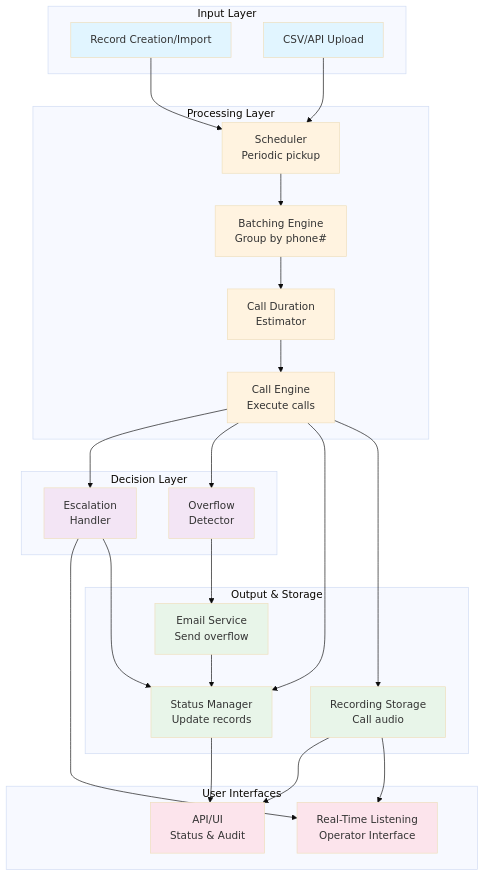
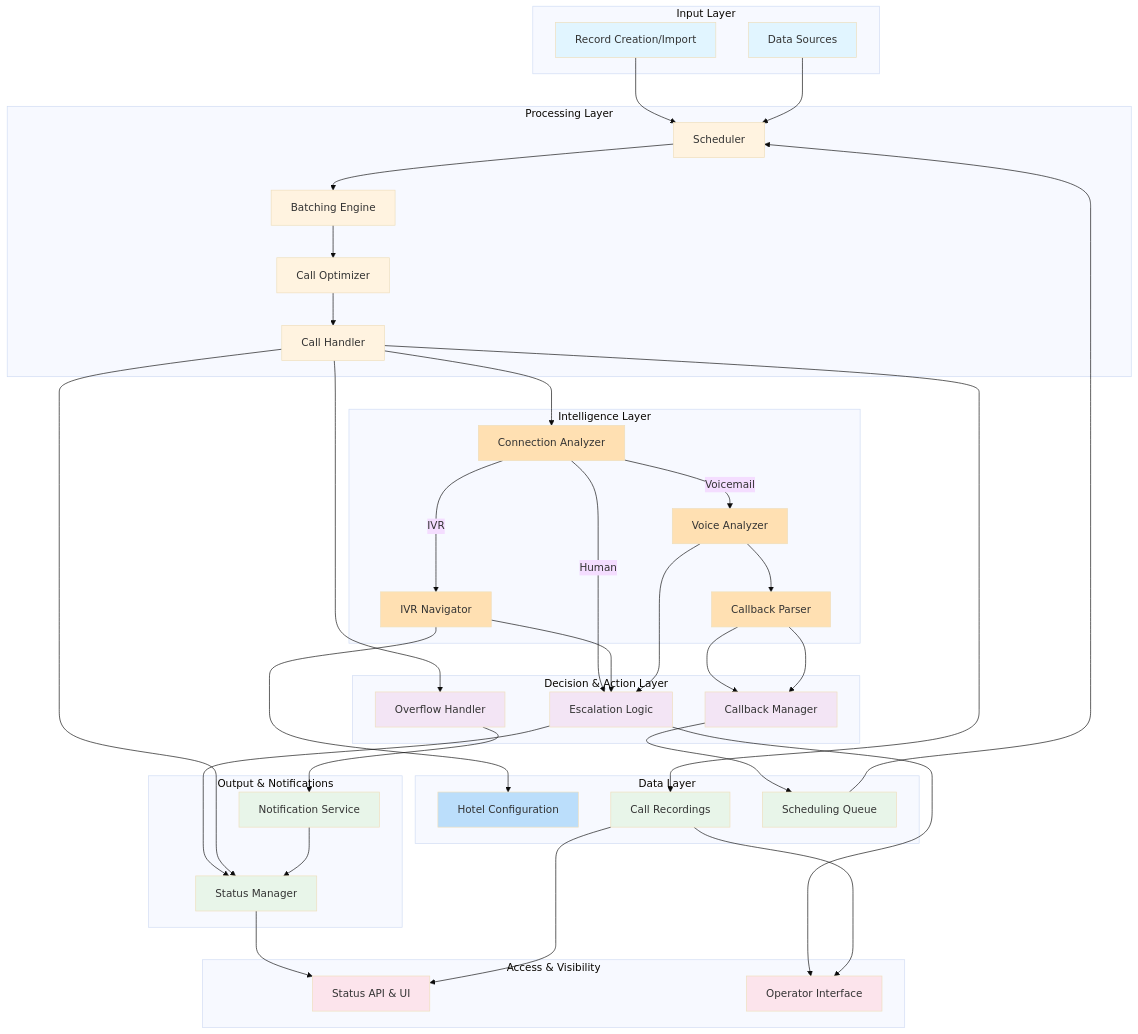
Before and after one commit to Org-for-Folio-AI/FolioAISpecs: the first of 5 diagrams in Folio-architecture.md, drawn with Mermaid (base theme). The commit also changed other lines of this file and 1 other file, not shown here.

First line of the commit message:
Refine Folio spec: remove phases, add IVR handling, create logical architecture

````diff
--- a/Folio-architecture.md
+++ b/Folio-architecture.md
@@ -6,30 +14,43 @@
 graph TB
     subgraph Input["Input Layer"]
         A["Record Creation/Import"]
-        B["CSV/API Upload"]
+        B["Data Sources"]
     end
 
     subgraph Processing["Processing Layer"]
-        C["Scheduler<br/>Periodic pickup"]
-        D["Batching Engine<br/>Group by phone#"]
-        E["Call Duration<br/>Estimator"]
-        F["Call Engine<br/>Execute calls"]
+        C["Scheduler"]
+        D["Batching Engine"]
+        E["Call Optimizer"]
+        F["Call Handler"]
     end
 
-    subgraph Decision["Decision Layer"]
-        G["Escalation<br/>Handler"]
-        H["Overflow<br/>Detector"]
+    subgraph Intelligence["Intelligence Layer"]
+        F1["Connection Analyzer"]
+        F2["IVR Navigator"]
+        F3["Voice Analyzer"]
+        F4["Callback Parser"]
     end
 
-    subgraph Output["Output & Storage"]
-        I["Status Manager<br/>Update records"]
-        J["Recording Storage<br/>Call audio"]
-        K["Email Service<br/>Send overflow"]
+    subgraph Decision["Decision & Action Layer"]
+        G["Escalation Logic"]
+        H["Overflow Handler"]
+        I1["Callback Manager"]
     end
 
-    subgraph Interfaces["User Interfaces"]
-        L["API/UI<br/>Status & Audit"]
-        M["Real-Time Listening<br/>Operator Interface"]
+    subgraph Storage["Data Layer"]
+        I2["Hotel Configuration"]
+        J["Call Recordings"]
+        K1["Scheduling Queue"]
+    end
+
+    subgraph Output["Output & Notifications"]
+        I["Status Manager"]
+        K["Notification Service"]
+    end
+
+    subgraph Access["Access & Visibility"]
+        L["Status API & UI"]
+        M["Operator Interface"]
     end
 
     A --> C
@@ -37,17 +58,28 @@
     C --> D
     D --> E
     E --> F
-    F --> G
-    F --> H
+    F --> F1
+    F1 -->|Human| G
+    F1 -->|IVR| F2
+    F1 -->|Voicemail| F3
+    F2 --> I2
+    F2 --> G
+    F3 --> F4
+    F4 --> I1
+    F3 --> G
+    F4 --> I1
+    I1 --> K1
     G --> M
     G --> I
     H --> K
+    F --> H
     F --> I
     F --> J
     I --> L
     J --> L
     J --> M
     K --> I
+    K1 --> C
 
     style A fill:#e1f5ff
     style B fill:#e1f5ff
@@ -55,11 +87,18 @@
     style D fill:#fff3e0
     style E fill:#fff3e0
     style F fill:#fff3e0
+    style F1 fill:#ffe0b2
+    style F2 fill:#ffe0b2
+    style F3 fill:#ffe0b2
+    style F4 fill:#ffe0b2
     style G fill:#f3e5f5
     style H fill:#f3e5f5
+    style I1 fill:#f3e5f5
+    style I2 fill:#bbdefb
     style I fill:#e8f5e9
     style J fill:#e8f5e9
     style K fill:#e8f5e9
+    style K1 fill:#e8f5e9
     style L fill:#fce4ec
     style M fill:#fce4ec
 ```
````
